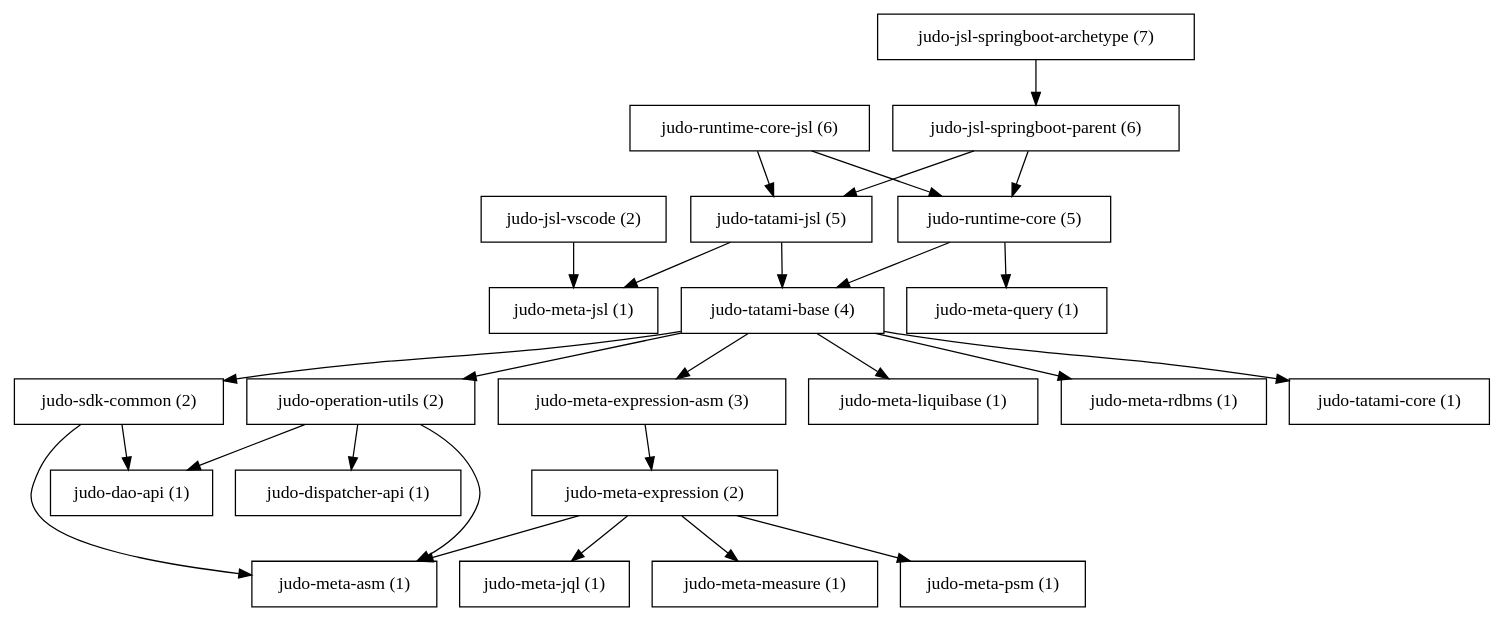
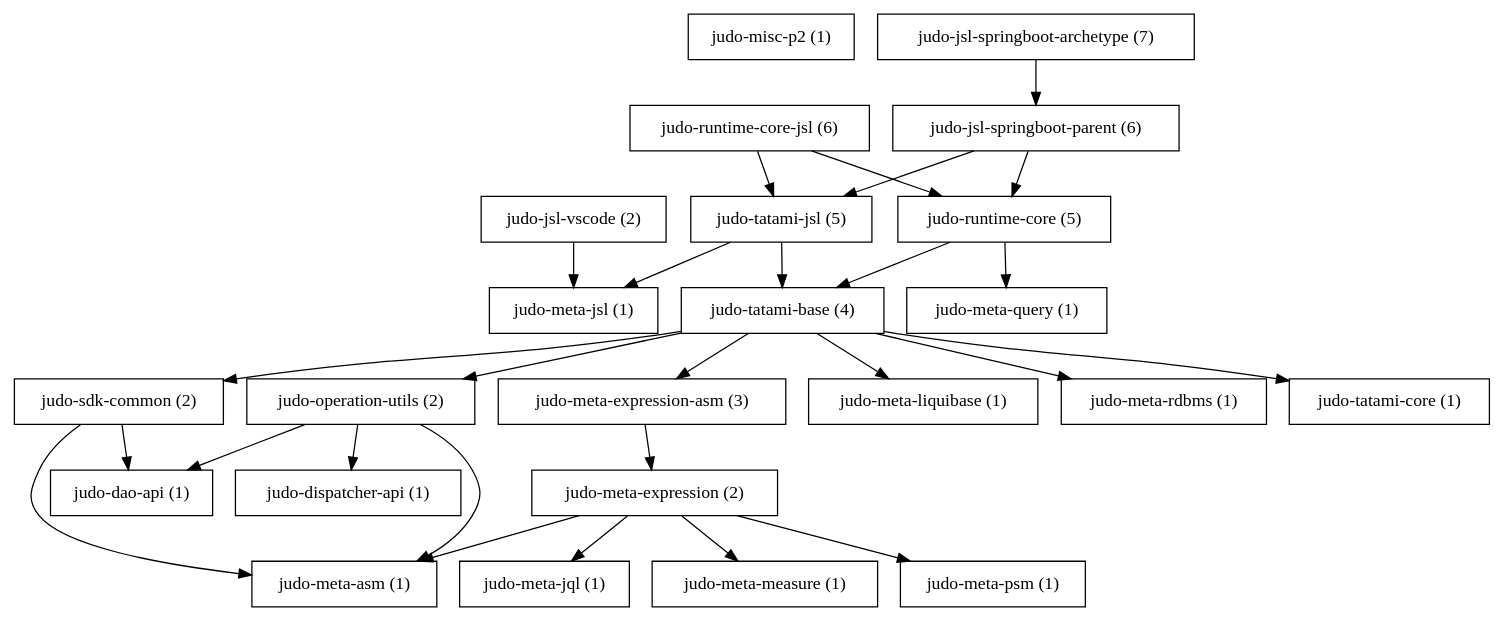
One commit to BlackBeltTechnology/judo-community changed the diagram in dependency.dot. Above: the diagram before and after it, drawn with Graphviz. The commit also changed 1 other file, not shown here.

```diff
--- a/dependency.dot
+++ b/dependency.dot
@@ -1,50 +1,51 @@
 strict digraph  {
+"judo-misc-p2 (1)" [label="judo-misc-p2 (1)", shape=box];
 "judo-dao-api (1)" [label="judo-dao-api (1)", shape=box];
 "judo-dispatcher-api (1)" [label="judo-dispatcher-api (1)", shape=box];
 "judo-jsl-vscode (2)" [label="judo-jsl-vscode (2)", shape=box];
 "judo-meta-asm (1)" [label="judo-meta-asm (1)", shape=box];
 "judo-meta-expression (2)" [label="judo-meta-expression (2)", shape=box];
 "judo-meta-expression-asm (3)" [label="judo-meta-expression-asm (3)", shape=box];
 "judo-meta-jql (1)" [label="judo-meta-jql (1)", shape=box];
 "judo-meta-jsl (1)" [label="judo-meta-jsl (1)", shape=box];
 "judo-meta-liquibase (1)" [label="judo-meta-liquibase (1)", shape=box];
 "judo-meta-measure (1)" [label="judo-meta-measure (1)", shape=box];
 "judo-meta-psm (1)" [label="judo-meta-psm (1)", shape=box];
 "judo-meta-query (1)" [label="judo-meta-query (1)", shape=box];
 "judo-meta-rdbms (1)" [label="judo-meta-rdbms (1)", shape=box];
 "judo-operation-utils (2)" [label="judo-operation-utils (2)", shape=box];
 "judo-runtime-core (5)" [label="judo-runtime-core (5)", shape=box];
 "judo-runtime-core-jsl (6)" [label="judo-runtime-core-jsl (6)", shape=box];
 "judo-sdk-common (2)" [label="judo-sdk-common (2)", shape=box];
 "judo-tatami-base (4)" [label="judo-tatami-base (4)", shape=box];
 "judo-tatami-core (1)" [label="judo-tatami-core (1)", shape=box];
 "judo-tatami-jsl (5)" [label="judo-tatami-jsl (5)", shape=box];
 "judo-jsl-springboot-parent (6)" [label="judo-jsl-springboot-parent (6)", shape=box];
 "judo-jsl-springboot-archetype (7)" [label="judo-jsl-springboot-archetype (7)", shape=box];
 "judo-jsl-vscode (2)" -> "judo-meta-jsl (1)";
 "judo-meta-expression (2)" -> "judo-meta-measure (1)";
+"judo-meta-expression (2)" -> "judo-meta-psm (1)";
 "judo-meta-expression (2)" -> "judo-meta-asm (1)";
-"judo-meta-expression (2)" -> "judo-meta-psm (1)";
 "judo-meta-expression (2)" -> "judo-meta-jql (1)";
 "judo-meta-expression-asm (3)" -> "judo-meta-expression (2)";
 "judo-operation-utils (2)" -> "judo-dao-api (1)";
+"judo-operation-utils (2)" -> "judo-meta-asm (1)";
 "judo-operation-utils (2)" -> "judo-dispatcher-api (1)";
-"judo-operation-utils (2)" -> "judo-meta-asm (1)";
 "judo-runtime-core (5)" -> "judo-tatami-base (4)";
 "judo-runtime-core (5)" -> "judo-meta-query (1)";
 "judo-runtime-core-jsl (6)" -> "judo-tatami-jsl (5)";
 "judo-runtime-core-jsl (6)" -> "judo-runtime-core (5)";
 "judo-sdk-common (2)" -> "judo-dao-api (1)";
 "judo-sdk-common (2)" -> "judo-meta-asm (1)";
+"judo-tatami-base (4)" -> "judo-operation-utils (2)";
+"judo-tatami-base (4)" -> "judo-sdk-common (2)";
 "judo-tatami-base (4)" -> "judo-meta-expression-asm (3)";
-"judo-tatami-base (4)" -> "judo-sdk-common (2)";
+"judo-tatami-base (4)" -> "judo-tatami-core (1)";
 "judo-tatami-base (4)" -> "judo-meta-liquibase (1)";
-"judo-tatami-base (4)" -> "judo-tatami-core (1)";
-"judo-tatami-base (4)" -> "judo-operation-utils (2)";
 "judo-tatami-base (4)" -> "judo-meta-rdbms (1)";
 "judo-tatami-jsl (5)" -> "judo-tatami-base (4)";
 "judo-tatami-jsl (5)" -> "judo-meta-jsl (1)";
 "judo-jsl-springboot-parent (6)" -> "judo-tatami-jsl (5)";
 "judo-jsl-springboot-parent (6)" -> "judo-runtime-core (5)";
 "judo-jsl-springboot-archetype (7)" -> "judo-jsl-springboot-parent (6)";
 }
```
